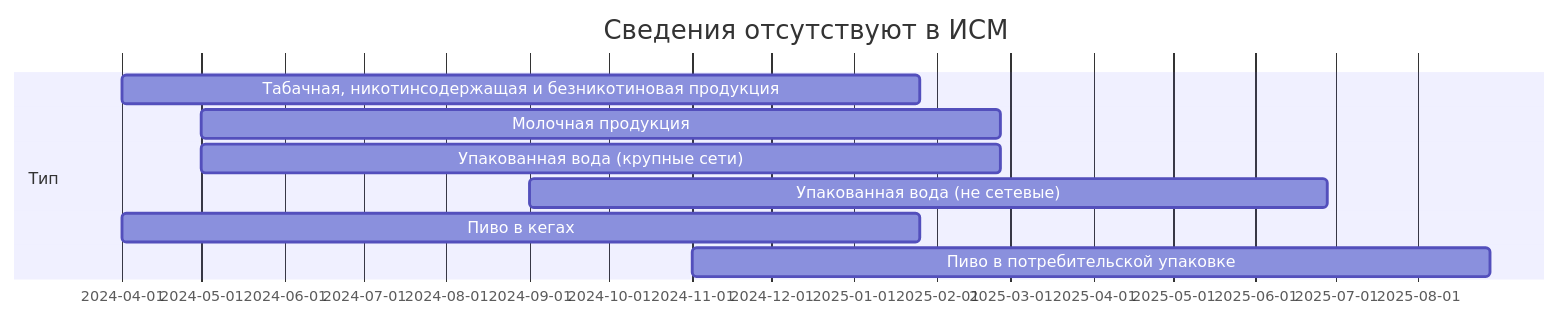
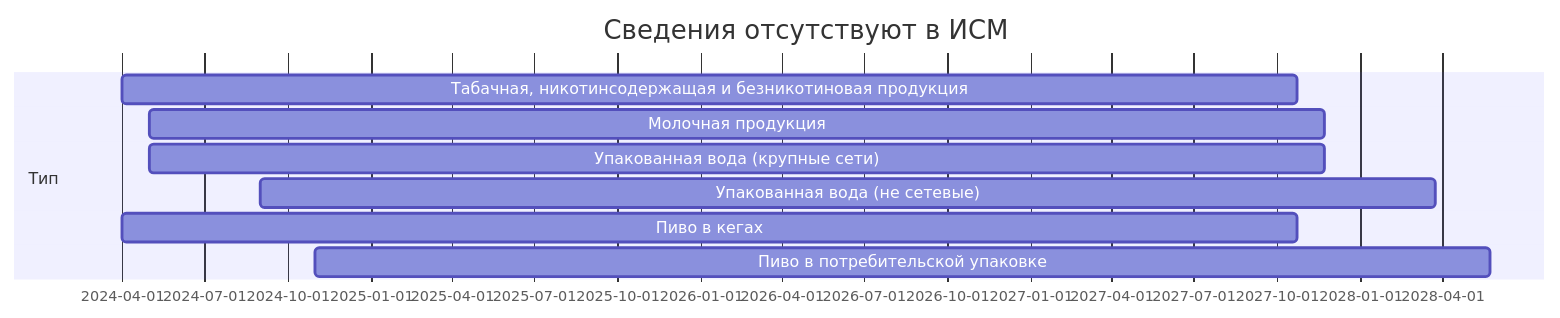
The first of 7 diagrams in imark/ppr1944.md (itidasoft/wiki), drawn with Mermaid before and after one commit. The commit also changed other lines of this file, not shown here.

````diff
--- a/imark/ppr1944.md
+++ b/imark/ppr1944.md
@@ -195,12 +195,12 @@
 ```mermaid
 gantt
 	title Сведения отсутствуют в ИСМ
   dateFormat DD-MM-YYYY
   section Тип
-  	Табачная, никотинсодержащая и безникотиновая продукция          :a1, 01-04-2024, 300d
-    Молочная продукция    :a2, 01-05-2024, 300d
-    Упакованная вода (крупные сети)   :a3, 01-05-2024, 300d
-    Упакованная вода (не сетевые)   :a4, 01-09-2024, 300d
-    Пиво в кегах       :a5, 01-04-2024, 300d
-    Пиво в потребительской упаковке       :a6, 01-11-2024, 300d
+  	Табачная, никотинсодержащая и безникотиновая продукция          :a1, 01-04-2024, 1300d
+    Молочная продукция    :a2, 01-05-2024, 1300d
+    Упакованная вода (крупные сети)   :a3, 01-05-2024, 1300d
+    Упакованная вода (не сетевые)   :a4, 01-09-2024, 1300d
+    Пиво в кегах       :a5, 01-04-2024, 1300d
+    Пиво в потребительской упаковке       :a6, 01-11-2024, 1300d
 ``` 
````
